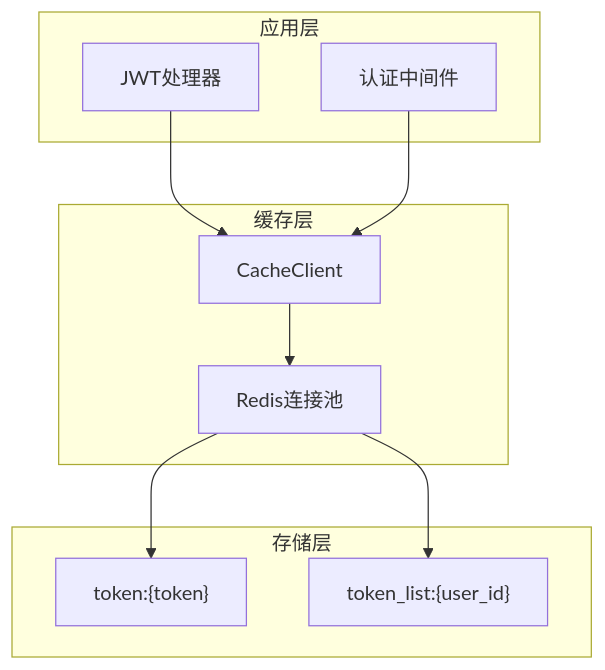
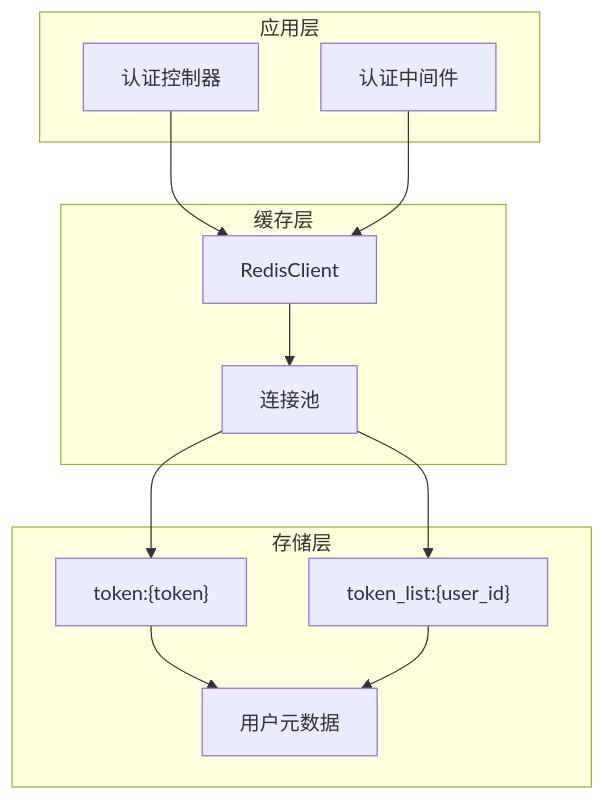
One commit to lilinzezzzzzz/fastapi-backend changed the fifth of 7 diagrams in .qoder/repowiki/zh/content/安全认证机制/JWT Token认证.md. Above: the diagram before and after it, drawn with Mermaid. The commit also changed other lines of this file and 42 other files, not shown here.

````diff
--- a/.qoder/repowiki/zh/content/安全认证机制/JWT Token认证.md
+++ b/.qoder/repowiki/zh/content/安全认证机制/JWT Token认证.md
@@ -247,20 +238,23 @@
 ```mermaid
 graph TB
 subgraph "应用层"
-JWTHandler["JWT处理器"]
+AuthController["认证控制器"]
 AuthMiddleware["认证中间件"]
 end
 subgraph "缓存层"
-CacheClient["CacheClient"]
-RedisPool["Redis连接池"]
+RedisClient["RedisClient"]
+ConnectionPool["连接池"]
 end
 subgraph "存储层"
 TokenKey["token:{token}"]
 TokenListKey["token_list:{user_id}"]
+UserMetadata["用户元数据"]
 end
-JWTHandler --> CacheClient
-AuthMiddleware --> CacheClient
-CacheClient --> RedisPool
-RedisPool --> TokenKey
-RedisPool --> TokenListKey
+AuthController --> RedisClient
+AuthMiddleware --> RedisClient
+RedisClient --> ConnectionPool
+ConnectionPool --> TokenKey
+ConnectionPool --> TokenListKey
+TokenKey --> UserMetadata
+TokenListKey --> UserMetadata
 ```
````
